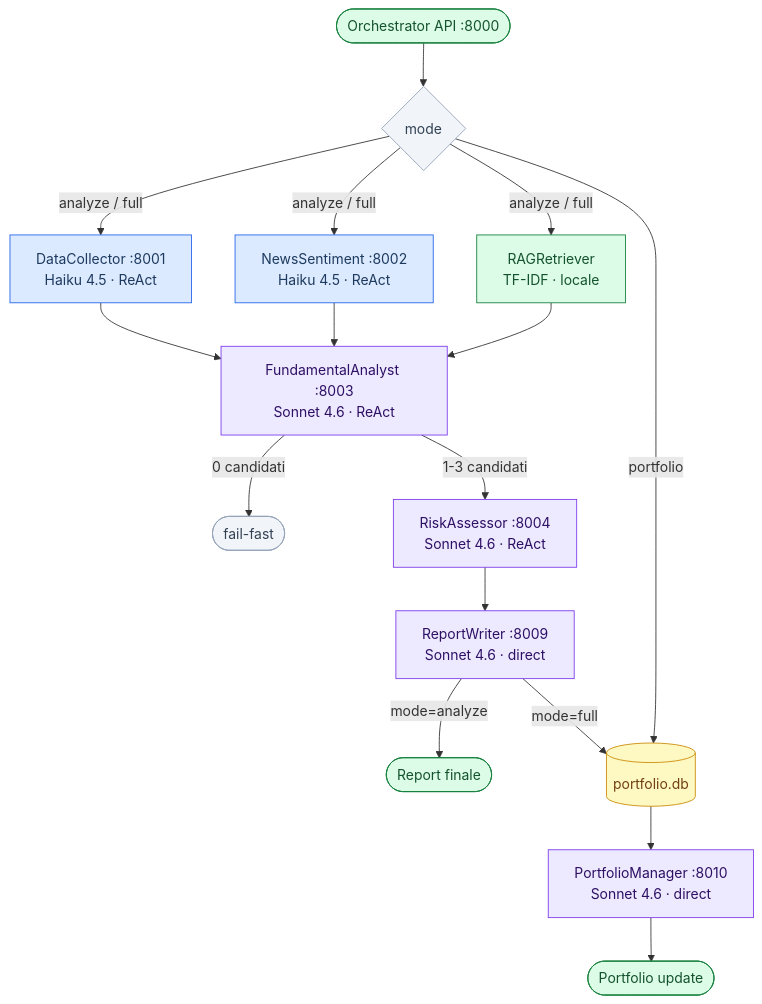
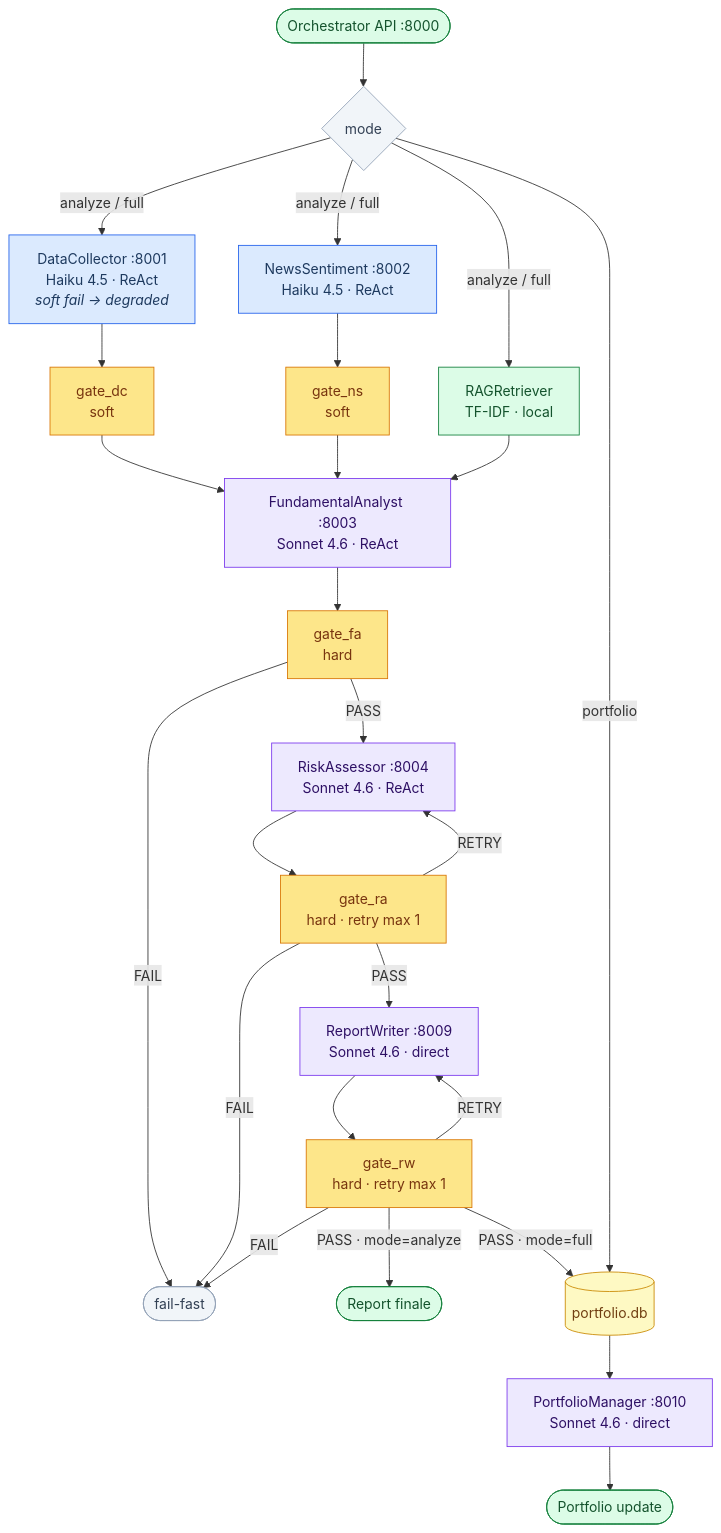
Before and after one commit to tommasobraga/equity-researcher-analyst-a2a: the first of 2 diagrams in docs/architecture.md, drawn with Mermaid. The commit also changed other lines of this file, not shown here.

Commit message:
docs: aggiorna architecture.md con validation gates e soft fail DC
Aggiunge al workflow diagram i 5 gate nodes (soft/hard/retry) tra gli
agenti, la nota di soft fail sul DataCollector, e le nuove classi CSS
gate (giallo). Nel component diagram aggiunge gates.py, pipeline_models.py
e validators.py con le relative dipendenze. Evolution Notes aggiornate
con lo stato corrente dei gate e del soft fail DC.

````diff
--- a/docs/architecture.md
+++ b/docs/architecture.md
@@ -7,41 +7,52 @@
 ```mermaid
 flowchart TD
     classDef haiku  fill:#dbeafe,stroke:#2563eb,color:#1e3a5f
     classDef sonnet fill:#ede9fe,stroke:#7c3aed,color:#2e1065
     classDef infra  fill:#dcfce7,stroke:#15803d,color:#14532d
     classDef store  fill:#fef9c3,stroke:#ca8a04,color:#713f12
     classDef term   fill:#f1f5f9,stroke:#94a3b8,color:#334155
+    classDef gate   fill:#fde68a,stroke:#d97706,color:#78350f
 
     START(["Orchestrator API :8000"]):::infra
     START --> MODE{mode}:::term
 
     MODE -->|"analyze / full"| DC & NS & RAG
     MODE -->|portfolio| PL
 
-    DC["DataCollector :8001<br/>Haiku 4.5 · ReAct"]:::haiku
+    DC["DataCollector :8001<br/>Haiku 4.5 · ReAct<br/><i>soft fail → degraded</i>"]:::haiku
     NS["NewsSentiment :8002<br/>Haiku 4.5 · ReAct"]:::haiku
-    RAG["RAGRetriever<br/>TF-IDF · locale"]:::infra
+    RAG["RAGRetriever<br/>TF-IDF · local"]:::infra
 
-    DC & NS & RAG --> FA
+    DC --> GDC["gate_dc<br/>soft"]:::gate
+    NS --> GNS["gate_ns<br/>soft"]:::gate
+
+    GDC & GNS & RAG --> FA
 
     FA["FundamentalAnalyst :8003<br/>Sonnet 4.6 · ReAct"]:::sonnet
+    FA --> GFA["gate_fa<br/>hard"]:::gate
 
-    FA -->|"0 candidati"| STOP(["fail-fast"]):::term
-    FA -->|"1-3 candidati"| RA
+    GFA -->|"FAIL"| STOP(["fail-fast"]):::term
+    GFA -->|"PASS"| RA
 
     RA["RiskAssessor :8004<br/>Sonnet 4.6 · ReAct"]:::sonnet
+    RA --> GRA["gate_ra<br/>hard · retry max 1"]:::gate
 
-    RA --> RW
+    GRA -->|"FAIL"| STOP
+    GRA -->|"RETRY"| RA
+    GRA -->|"PASS"| RW
 
     RW["ReportWriter :8009<br/>Sonnet 4.6 · direct"]:::sonnet
+    RW --> GRW["gate_rw<br/>hard · retry max 1"]:::gate
 
-    RW -->|"mode=analyze"| OUT_A(["Report finale"]):::infra
-    RW -->|"mode=full"| PL
+    GRW -->|"FAIL"| STOP
+    GRW -->|"RETRY"| RW
+    GRW -->|"PASS · mode=analyze"| OUT_A(["Report finale"]):::infra
+    GRW -->|"PASS · mode=full"| PL
 
     PL[("portfolio.db")]:::store
     PL --> PM
 
     PM["PortfolioManager :8010<br/>Sonnet 4.6 · direct"]:::sonnet
 
     PM --> OUT_B(["Portfolio update"]):::infra
 ```
````
